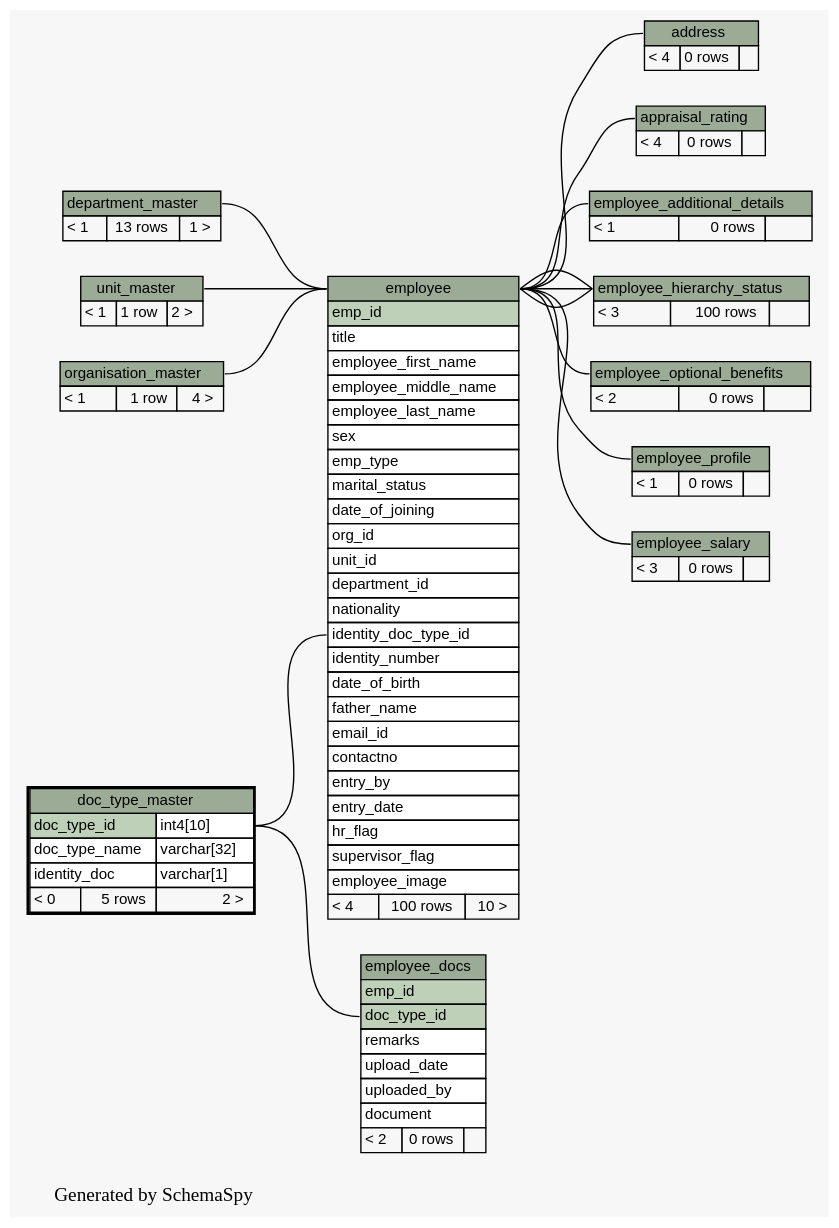
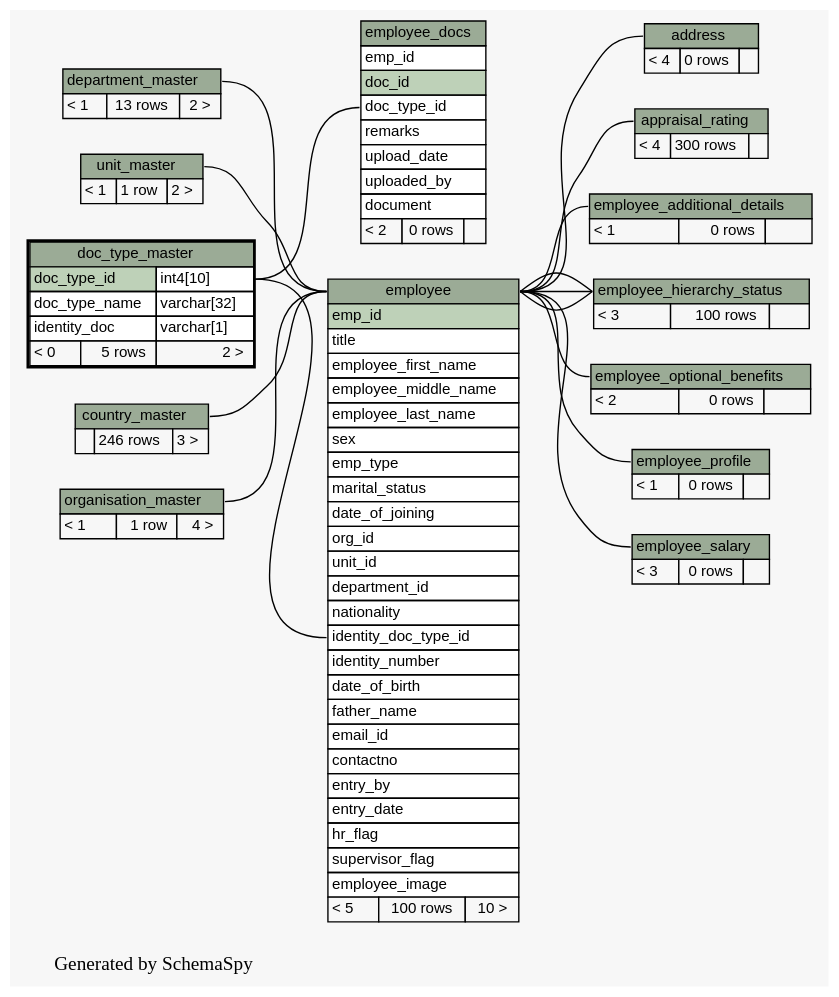
One commit to engineerscraft/hrms changed the diagram in docs/database/schemaspy/graphs/doc_type_master.2degrees.dot. Above: the diagram before and after it, drawn with Graphviz. The commit also changed 204 other files, not shown here.

```diff
--- a/docs/database/schemaspy/graphs/doc_type_master.2degrees.dot
+++ b/docs/database/schemaspy/graphs/doc_type_master.2degrees.dot
@@ -1,181 +1,192 @@
 // dot 2.38.0 on Windows 7 6.1
 digraph "twoDegreesRelationshipsGraph" {
   graph [
     rankdir="RL"
     bgcolor="#f7f7f7"
     label="\nGenerated by SchemaSpy"
     labeljust="l"
   ];
   node [
     fontname="Helvetica"
     fontsize="11"
     shape="plaintext"
   ];
   edge [
     arrowsize="0.8"
   ];
   "address":"address.heading":w -> "employee":"employee.heading":e [arrowtail=crowtee arrowhead=none];
   "appraisal_rating":"appraisal_rating.heading":w -> "employee":"employee.heading":e [arrowtail=crowtee arrowhead=none];
   "employee":"employee.heading":w -> "department_master":"department_master.heading":e [arrowtail=crowodot arrowhead=none];
   "employee":"identity_doc_type_id":w -> "doc_type_master":"doc_type_id.type":e [arrowtail=crowodot arrowhead=none];
+  "employee":"employee.heading":w -> "country_master":"country_master.heading":e [arrowtail=crowodot arrowhead=none];
   "employee":"employee.heading":w -> "organisation_master":"organisation_master.heading":e [arrowtail=crowodot arrowhead=none];
   "employee":"employee.heading":w -> "unit_master":"unit_master.heading":e [arrowtail=crowodot arrowhead=none];
   "employee_additional_details":"employee_additional_details.heading":w -> "employee":"employee.heading":e [arrowtail=tee arrowhead=none];
-  "employee_docs":"doc_type_id":w -> "doc_type_master":"doc_type_id.type":e [arrowtail=crowtee arrowhead=none];
+  "employee_docs":"doc_type_id":w -> "doc_type_master":"doc_type_id.type":e [arrowtail=crowodot arrowhead=none];
   "employee_hierarchy_status":"employee_hierarchy_status.heading":w -> "employee":"employee.heading":e [arrowtail=tee arrowhead=none];
   "employee_hierarchy_status":"employee_hierarchy_status.heading":w -> "employee":"employee.heading":e [arrowtail=crowodot arrowhead=none];
   "employee_hierarchy_status":"employee_hierarchy_status.heading":w -> "employee":"employee.heading":e [arrowtail=crowodot arrowhead=none];
   "employee_optional_benefits":"employee_optional_benefits.heading":w -> "employee":"employee.heading":e [arrowtail=crowodot arrowhead=none];
   "employee_profile":"employee_profile.heading":w -> "employee":"employee.heading":e [arrowtail=tee arrowhead=none];
   "employee_salary":"employee_salary.heading":w -> "employee":"employee.heading":e [arrowtail=crowtee arrowhead=none];
   "address" [
     label=<
     <TABLE BORDER="0" CELLBORDER="1" CELLSPACING="0" BGCOLOR="#ffffff">
       <TR><TD PORT="address.heading" COLSPAN="3" BGCOLOR="#9bab96" ALIGN="CENTER">address</TD></TR>
       <TR><TD ALIGN="LEFT" BGCOLOR="#f7f7f7">&lt; 4</TD><TD ALIGN="RIGHT" BGCOLOR="#f7f7f7">0 rows</TD><TD ALIGN="RIGHT" BGCOLOR="#f7f7f7">  </TD></TR>
     </TABLE>>
     URL="address.html#graph"
     tooltip="address"
   ];
   "appraisal_rating" [
     label=<
     <TABLE BORDER="0" CELLBORDER="1" CELLSPACING="0" BGCOLOR="#ffffff">
       <TR><TD PORT="appraisal_rating.heading" COLSPAN="3" BGCOLOR="#9bab96" ALIGN="CENTER">appraisal_rating</TD></TR>
-      <TR><TD ALIGN="LEFT" BGCOLOR="#f7f7f7">&lt; 4</TD><TD ALIGN="RIGHT" BGCOLOR="#f7f7f7">0 rows</TD><TD ALIGN="RIGHT" BGCOLOR="#f7f7f7">  </TD></TR>
+      <TR><TD ALIGN="LEFT" BGCOLOR="#f7f7f7">&lt; 4</TD><TD ALIGN="RIGHT" BGCOLOR="#f7f7f7">300 rows</TD><TD ALIGN="RIGHT" BGCOLOR="#f7f7f7">  </TD></TR>
     </TABLE>>
     URL="appraisal_rating.html#graph"
     tooltip="appraisal_rating"
+  ];
+  "country_master" [
+    label=<
+    <TABLE BORDER="0" CELLBORDER="1" CELLSPACING="0" BGCOLOR="#ffffff">
+      <TR><TD PORT="country_master.heading" COLSPAN="3" BGCOLOR="#9bab96" ALIGN="CENTER">country_master</TD></TR>
+      <TR><TD ALIGN="LEFT" BGCOLOR="#f7f7f7">  </TD><TD ALIGN="RIGHT" BGCOLOR="#f7f7f7">246 rows</TD><TD ALIGN="RIGHT" BGCOLOR="#f7f7f7">3 &gt;</TD></TR>
+    </TABLE>>
+    URL="country_master.html#graph"
+    tooltip="country_master"
   ];
   "department_master" [
     label=<
     <TABLE BORDER="0" CELLBORDER="1" CELLSPACING="0" BGCOLOR="#ffffff">
       <TR><TD PORT="department_master.heading" COLSPAN="3" BGCOLOR="#9bab96" ALIGN="CENTER">department_master</TD></TR>
-      <TR><TD ALIGN="LEFT" BGCOLOR="#f7f7f7">&lt; 1</TD><TD ALIGN="RIGHT" BGCOLOR="#f7f7f7">13 rows</TD><TD ALIGN="RIGHT" BGCOLOR="#f7f7f7">1 &gt;</TD></TR>
+      <TR><TD ALIGN="LEFT" BGCOLOR="#f7f7f7">&lt; 1</TD><TD ALIGN="RIGHT" BGCOLOR="#f7f7f7">13 rows</TD><TD ALIGN="RIGHT" BGCOLOR="#f7f7f7">2 &gt;</TD></TR>
     </TABLE>>
     URL="department_master.html#graph"
     tooltip="department_master"
   ];
   "doc_type_master" [
     label=<
     <TABLE BORDER="2" CELLBORDER="1" CELLSPACING="0" BGCOLOR="#ffffff">
       <TR><TD PORT="doc_type_master.heading" COLSPAN="3" BGCOLOR="#9bab96" ALIGN="CENTER">doc_type_master</TD></TR>
       <TR><TD PORT="doc_type_id" COLSPAN="2" BGCOLOR="#bed1b8" ALIGN="LEFT">doc_type_id</TD><TD PORT="doc_type_id.type" ALIGN="LEFT">int4[10]</TD></TR>
       <TR><TD PORT="doc_type_name" COLSPAN="2" ALIGN="LEFT">doc_type_name</TD><TD PORT="doc_type_name.type" ALIGN="LEFT">varchar[32]</TD></TR>
       <TR><TD PORT="identity_doc" COLSPAN="2" ALIGN="LEFT">identity_doc</TD><TD PORT="identity_doc.type" ALIGN="LEFT">varchar[1]</TD></TR>
       <TR><TD ALIGN="LEFT" BGCOLOR="#f7f7f7">&lt; 0</TD><TD ALIGN="RIGHT" BGCOLOR="#f7f7f7">5 rows</TD><TD ALIGN="RIGHT" BGCOLOR="#f7f7f7">2 &gt;</TD></TR>
     </TABLE>>
     URL="doc_type_master.html#"
     tooltip="doc_type_master"
   ];
   "employee" [
     label=<
     <TABLE BORDER="0" CELLBORDER="1" CELLSPACING="0" BGCOLOR="#ffffff">
       <TR><TD PORT="employee.heading" COLSPAN="3" BGCOLOR="#9bab96" ALIGN="CENTER">employee</TD></TR>
       <TR><TD PORT="emp_id" COLSPAN="3" BGCOLOR="#bed1b8" ALIGN="LEFT">emp_id</TD></TR>
       <TR><TD PORT="title" COLSPAN="3" ALIGN="LEFT">title</TD></TR>
       <TR><TD PORT="employee_first_name" COLSPAN="3" ALIGN="LEFT">employee_first_name</TD></TR>
       <TR><TD PORT="employee_middle_name" COLSPAN="3" ALIGN="LEFT">employee_middle_name</TD></TR>
       <TR><TD PORT="employee_last_name" COLSPAN="3" ALIGN="LEFT">employee_last_name</TD></TR>
       <TR><TD PORT="sex" COLSPAN="3" ALIGN="LEFT">sex</TD></TR>
       <TR><TD PORT="emp_type" COLSPAN="3" ALIGN="LEFT">emp_type</TD></TR>
       <TR><TD PORT="marital_status" COLSPAN="3" ALIGN="LEFT">marital_status</TD></TR>
       <TR><TD PORT="date_of_joining" COLSPAN="3" ALIGN="LEFT">date_of_joining</TD></TR>
       <TR><TD PORT="org_id" COLSPAN="3" ALIGN="LEFT">org_id</TD></TR>
       <TR><TD PORT="unit_id" COLSPAN="3" ALIGN="LEFT">unit_id</TD></TR>
       <TR><TD PORT="department_id" COLSPAN="3" ALIGN="LEFT">department_id</TD></TR>
       <TR><TD PORT="nationality" COLSPAN="3" ALIGN="LEFT">nationality</TD></TR>
       <TR><TD PORT="identity_doc_type_id" COLSPAN="3" ALIGN="LEFT">identity_doc_type_id</TD></TR>
       <TR><TD PORT="identity_number" COLSPAN="3" ALIGN="LEFT">identity_number</TD></TR>
       <TR><TD PORT="date_of_birth" COLSPAN="3" ALIGN="LEFT">date_of_birth</TD></TR>
       <TR><TD PORT="father_name" COLSPAN="3" ALIGN="LEFT">father_name</TD></TR>
       <TR><TD PORT="email_id" COLSPAN="3" ALIGN="LEFT">email_id</TD></TR>
       <TR><TD PORT="contactno" COLSPAN="3" ALIGN="LEFT">contactno</TD></TR>
       <TR><TD PORT="entry_by" COLSPAN="3" ALIGN="LEFT">entry_by</TD></TR>
       <TR><TD PORT="entry_date" COLSPAN="3" ALIGN="LEFT">entry_date</TD></TR>
       <TR><TD PORT="hr_flag" COLSPAN="3" ALIGN="LEFT">hr_flag</TD></TR>
       <TR><TD PORT="supervisor_flag" COLSPAN="3" ALIGN="LEFT">supervisor_flag</TD></TR>
       <TR><TD PORT="employee_image" COLSPAN="3" ALIGN="LEFT">employee_image</TD></TR>
-      <TR><TD ALIGN="LEFT" BGCOLOR="#f7f7f7">&lt; 4</TD><TD ALIGN="RIGHT" BGCOLOR="#f7f7f7">100 rows</TD><TD ALIGN="RIGHT" BGCOLOR="#f7f7f7">10 &gt;</TD></TR>
+      <TR><TD ALIGN="LEFT" BGCOLOR="#f7f7f7">&lt; 5</TD><TD ALIGN="RIGHT" BGCOLOR="#f7f7f7">100 rows</TD><TD ALIGN="RIGHT" BGCOLOR="#f7f7f7">10 &gt;</TD></TR>
     </TABLE>>
     URL="employee.html#graph"
     tooltip="employee"
   ];
   "employee_additional_details" [
     label=<
     <TABLE BORDER="0" CELLBORDER="1" CELLSPACING="0" BGCOLOR="#ffffff">
       <TR><TD PORT="employee_additional_details.heading" COLSPAN="3" BGCOLOR="#9bab96" ALIGN="CENTER">employee_additional_details</TD></TR>
       <TR><TD ALIGN="LEFT" BGCOLOR="#f7f7f7">&lt; 1</TD><TD ALIGN="RIGHT" BGCOLOR="#f7f7f7">0 rows</TD><TD ALIGN="RIGHT" BGCOLOR="#f7f7f7">  </TD></TR>
     </TABLE>>
     URL="employee_additional_details.html#graph"
     tooltip="employee_additional_details"
   ];
   "employee_docs" [
     label=<
     <TABLE BORDER="0" CELLBORDER="1" CELLSPACING="0" BGCOLOR="#ffffff">
       <TR><TD PORT="employee_docs.heading" COLSPAN="3" BGCOLOR="#9bab96" ALIGN="CENTER">employee_docs</TD></TR>
-      <TR><TD PORT="emp_id" COLSPAN="3" BGCOLOR="#bed1b8" ALIGN="LEFT">emp_id</TD></TR>
-      <TR><TD PORT="doc_type_id" COLSPAN="3" BGCOLOR="#bed1b8" ALIGN="LEFT">doc_type_id</TD></TR>
+      <TR><TD PORT="emp_id" COLSPAN="3" ALIGN="LEFT">emp_id</TD></TR>
+      <TR><TD PORT="doc_id" COLSPAN="3" BGCOLOR="#bed1b8" ALIGN="LEFT">doc_id</TD></TR>
+      <TR><TD PORT="doc_type_id" COLSPAN="3" ALIGN="LEFT">doc_type_id</TD></TR>
       <TR><TD PORT="remarks" COLSPAN="3" ALIGN="LEFT">remarks</TD></TR>
       <TR><TD PORT="upload_date" COLSPAN="3" ALIGN="LEFT">upload_date</TD></TR>
       <TR><TD PORT="uploaded_by" COLSPAN="3" ALIGN="LEFT">uploaded_by</TD></TR>
       <TR><TD PORT="document" COLSPAN="3" ALIGN="LEFT">document</TD></TR>
       <TR><TD ALIGN="LEFT" BGCOLOR="#f7f7f7">&lt; 2</TD><TD ALIGN="RIGHT" BGCOLOR="#f7f7f7">0 rows</TD><TD ALIGN="RIGHT" BGCOLOR="#f7f7f7">  </TD></TR>
     </TABLE>>
     URL="employee_docs.html#graph"
     tooltip="employee_docs"
   ];
   "employee_hierarchy_status" [
     label=<
     <TABLE BORDER="0" CELLBORDER="1" CELLSPACING="0" BGCOLOR="#ffffff">
       <TR><TD PORT="employee_hierarchy_status.heading" COLSPAN="3" BGCOLOR="#9bab96" ALIGN="CENTER">employee_hierarchy_status</TD></TR>
       <TR><TD ALIGN="LEFT" BGCOLOR="#f7f7f7">&lt; 3</TD><TD ALIGN="RIGHT" BGCOLOR="#f7f7f7">100 rows</TD><TD ALIGN="RIGHT" BGCOLOR="#f7f7f7">  </TD></TR>
     </TABLE>>
     URL="employee_hierarchy_status.html#graph"
     tooltip="employee_hierarchy_status"
   ];
   "employee_optional_benefits" [
     label=<
     <TABLE BORDER="0" CELLBORDER="1" CELLSPACING="0" BGCOLOR="#ffffff">
       <TR><TD PORT="employee_optional_benefits.heading" COLSPAN="3" BGCOLOR="#9bab96" ALIGN="CENTER">employee_optional_benefits</TD></TR>
       <TR><TD ALIGN="LEFT" BGCOLOR="#f7f7f7">&lt; 2</TD><TD ALIGN="RIGHT" BGCOLOR="#f7f7f7">0 rows</TD><TD ALIGN="RIGHT" BGCOLOR="#f7f7f7">  </TD></TR>
     </TABLE>>
     URL="employee_optional_benefits.html#graph"
     tooltip="employee_optional_benefits"
   ];
   "employee_profile" [
     label=<
     <TABLE BORDER="0" CELLBORDER="1" CELLSPACING="0" BGCOLOR="#ffffff">
       <TR><TD PORT="employee_profile.heading" COLSPAN="3" BGCOLOR="#9bab96" ALIGN="CENTER">employee_profile</TD></TR>
       <TR><TD ALIGN="LEFT" BGCOLOR="#f7f7f7">&lt; 1</TD><TD ALIGN="RIGHT" BGCOLOR="#f7f7f7">0 rows</TD><TD ALIGN="RIGHT" BGCOLOR="#f7f7f7">  </TD></TR>
     </TABLE>>
     URL="employee_profile.html#graph"
     tooltip="employee_profile"
   ];
   "employee_salary" [
     label=<
     <TABLE BORDER="0" CELLBORDER="1" CELLSPACING="0" BGCOLOR="#ffffff">
       <TR><TD PORT="employee_salary.heading" COLSPAN="3" BGCOLOR="#9bab96" ALIGN="CENTER">employee_salary</TD></TR>
       <TR><TD ALIGN="LEFT" BGCOLOR="#f7f7f7">&lt; 3</TD><TD ALIGN="RIGHT" BGCOLOR="#f7f7f7">0 rows</TD><TD ALIGN="RIGHT" BGCOLOR="#f7f7f7">  </TD></TR>
     </TABLE>>
     URL="employee_salary.html#graph"
     tooltip="employee_salary"
   ];
   "organisation_master" [
     label=<
     <TABLE BORDER="0" CELLBORDER="1" CELLSPACING="0" BGCOLOR="#ffffff">
       <TR><TD PORT="organisation_master.heading" COLSPAN="3" BGCOLOR="#9bab96" ALIGN="CENTER">organisation_master</TD></TR>
       <TR><TD ALIGN="LEFT" BGCOLOR="#f7f7f7">&lt; 1</TD><TD ALIGN="RIGHT" BGCOLOR="#f7f7f7">1 row</TD><TD ALIGN="RIGHT" BGCOLOR="#f7f7f7">4 &gt;</TD></TR>
     </TABLE>>
     URL="organisation_master.html#graph"
     tooltip="organisation_master"
   ];
   "unit_master" [
     label=<
     <TABLE BORDER="0" CELLBORDER="1" CELLSPACING="0" BGCOLOR="#ffffff">
       <TR><TD PORT="unit_master.heading" COLSPAN="3" BGCOLOR="#9bab96" ALIGN="CENTER">unit_master</TD></TR>
       <TR><TD ALIGN="LEFT" BGCOLOR="#f7f7f7">&lt; 1</TD><TD ALIGN="RIGHT" BGCOLOR="#f7f7f7">1 row</TD><TD ALIGN="RIGHT" BGCOLOR="#f7f7f7">2 &gt;</TD></TR>
     </TABLE>>
     URL="unit_master.html#graph"
     tooltip="unit_master"
   ];
 }
```
